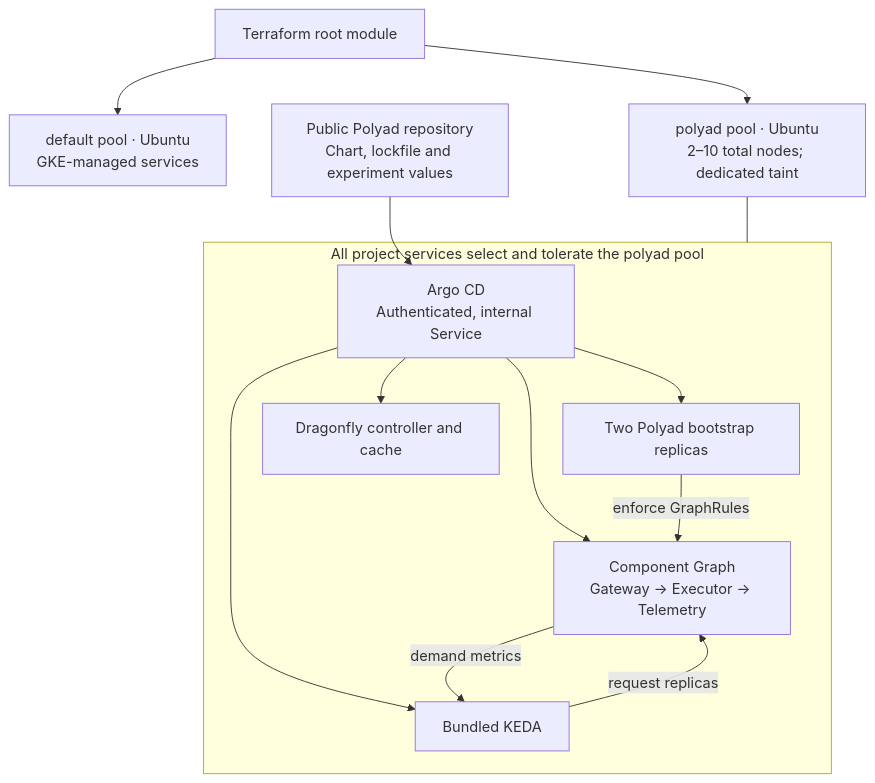
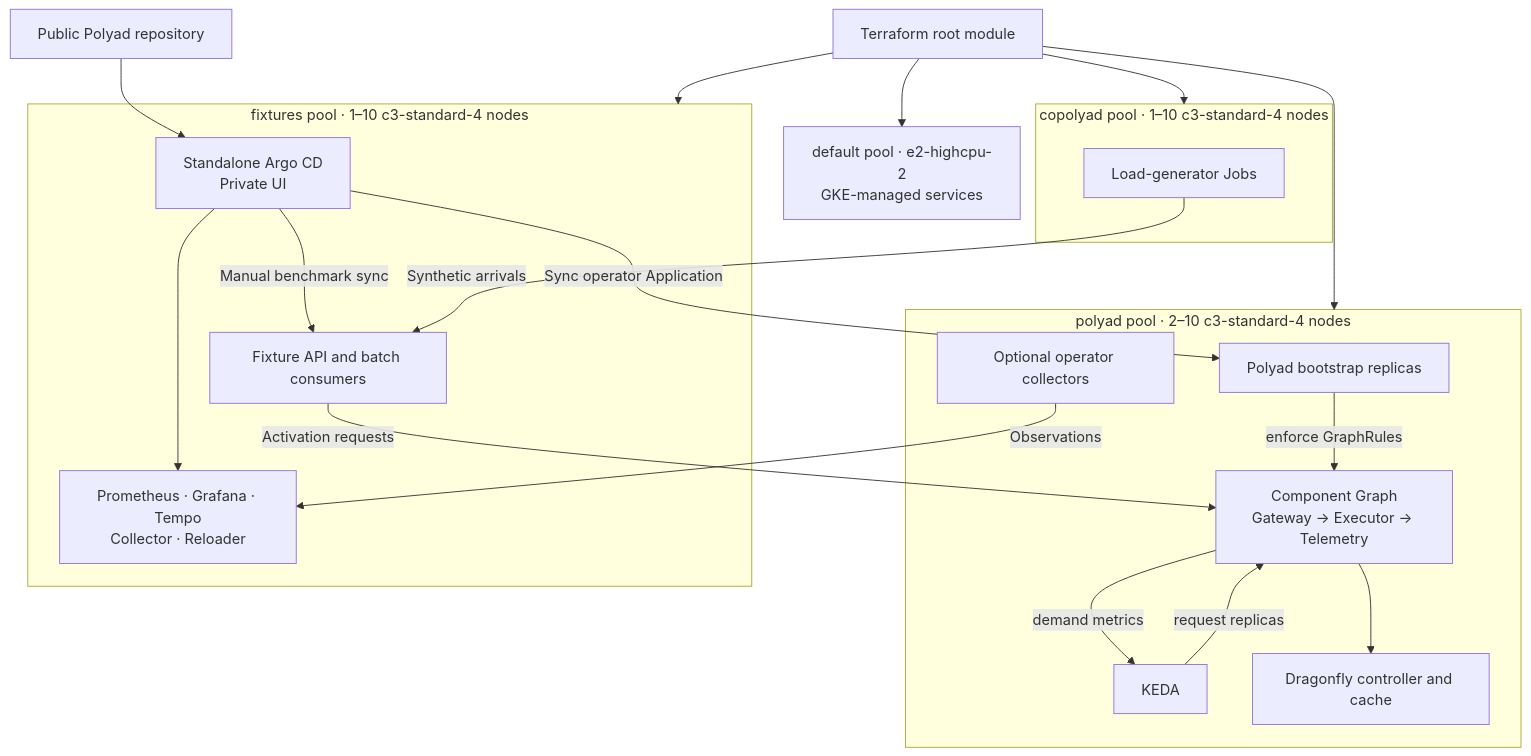
One commit to astrivant/polyad changed the diagram in terraform/README.md. Above: the diagram before and after it, drawn with Mermaid. The commit also changed other lines of this file and 62 other files, not shown here.

````diff
--- a/terraform/README.md
+++ b/terraform/README.md
@@ -66,21 +78,33 @@
 ```mermaid
 flowchart TB
-    tf["Terraform root module"] --> system["default pool · Ubuntu<br/>GKE-managed services"]
-    tf --> isolated["polyad pool · Ubuntu<br/>2–10 total nodes; dedicated taint"]
-    subgraph project["All project services select and tolerate the polyad pool"]
-        argo["Argo CD<br/>Authenticated, internal Service"]
-        bootstrap["Two Polyad bootstrap replicas"]
+    tf["Terraform root module"] --> system["default pool · e2-highcpu-2<br/>GKE-managed services"]
+    tf --> op
+    tf --> support
+    tf --> producers
+    subgraph op["polyad pool · 2–10 c3-standard-4 nodes"]
+        bootstrap["Polyad bootstrap replicas"]
         pipeline["Component Graph<br/>Gateway → Executor → Telemetry"]
-        keda["Bundled KEDA"]
+        keda["KEDA"]
         cache["Dragonfly controller and cache"]
-        argo --> bootstrap
-        argo --> pipeline
-        argo --> keda
-        argo --> cache
+        agents["Optional operator collectors"]
         bootstrap -->|"enforce GraphRules"| pipeline
         pipeline -->|"demand metrics"| keda
         keda -->|"request replicas"| pipeline
+        pipeline --> cache
     end
-    isolated --- project
-    git["Public Polyad repository<br/>Chart, lockfile and experiment values"] --> argo
+    subgraph support["fixtures pool · 1–10 c3-standard-4 nodes"]
+        argo["Standalone Argo CD<br/>Private UI"]
+        fixture["Fixture API and batch consumers"]
+        monitoring["Prometheus · Grafana · Tempo<br/>Collector · Reloader"]
+    end
+    subgraph producers["copolyad pool · 1–10 c3-standard-4 nodes"]
+        runner["Load-generator Jobs"]
+    end
+    git["Public Polyad repository"] --> argo
+    argo -->|"Sync operator Application"| bootstrap
+    argo -->|"Manual benchmark sync"| fixture
+    argo --> monitoring
+    runner -->|"Synthetic arrivals"| fixture
+    fixture -->|"Activation requests"| pipeline
+    agents -->|"Observations"| monitoring
 ```
````
